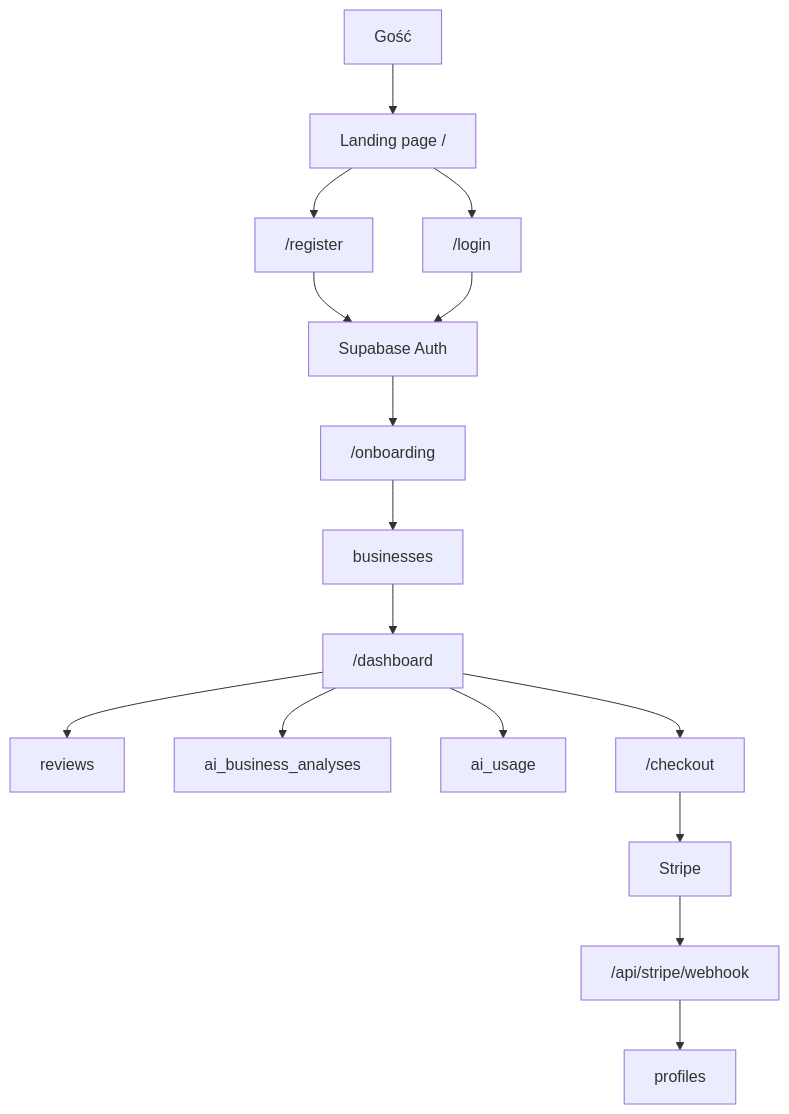
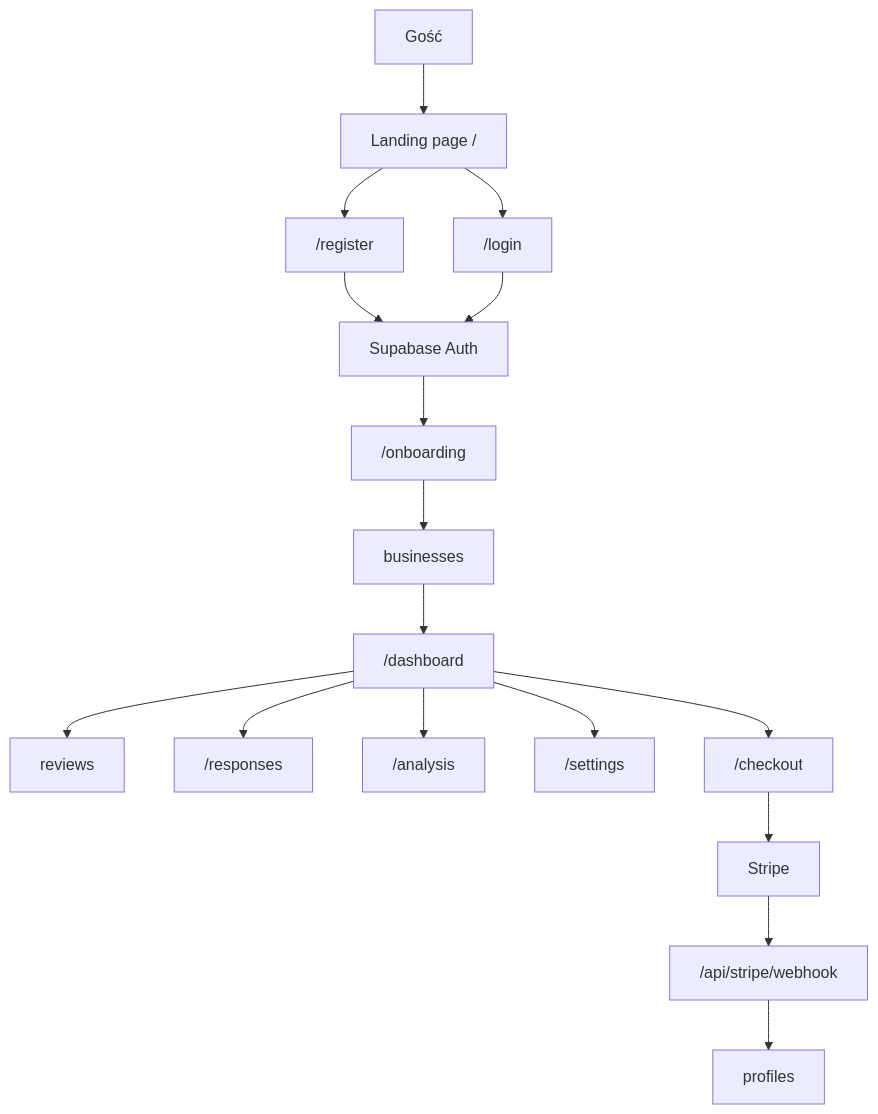
The first of 2 diagrams in docs/obsidian/Development/Architektura.md (FabianDziekan/Nuvorate), drawn with Mermaid before and after one commit. The commit also changed other lines of this file and 50 other files, not shown here.

````diff
--- a/docs/obsidian/Development/Architektura.md
+++ b/docs/obsidian/Development/Architektura.md
@@ -25,18 +58,19 @@
 ```mermaid
 flowchart TD
   Visitor["Gość"] --> Landing["Landing page /"]
   Landing --> Register["/register"]
   Landing --> Login["/login"]
-  Register --> SupabaseAuth["Supabase Auth"]
-  Login --> SupabaseAuth
-  SupabaseAuth --> Onboarding["/onboarding"]
+  Register --> Auth["Supabase Auth"]
+  Login --> Auth
+  Auth --> Onboarding["/onboarding"]
   Onboarding --> Businesses["businesses"]
   Businesses --> Dashboard["/dashboard"]
   Dashboard --> Reviews["reviews"]
-  Dashboard --> Analysis["ai_business_analyses"]
-  Dashboard --> Usage["ai_usage"]
-  Dashboard --> StripeCheckout["/checkout"]
-  StripeCheckout --> Stripe["Stripe"]
+  Dashboard --> Responses["/responses"]
+  Dashboard --> Analysis["/analysis"]
+  Dashboard --> Settings["/settings"]
+  Dashboard --> Checkout["/checkout"]
+  Checkout --> Stripe["Stripe"]
   Stripe --> Webhook["/api/stripe/webhook"]
   Webhook --> Profiles["profiles"]
 ```
````
